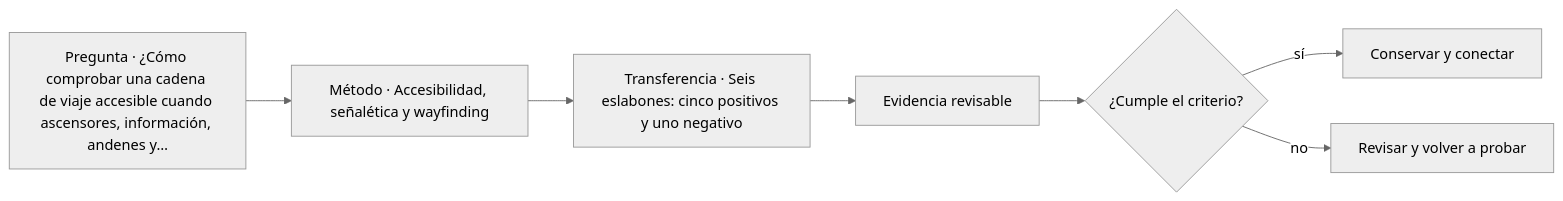
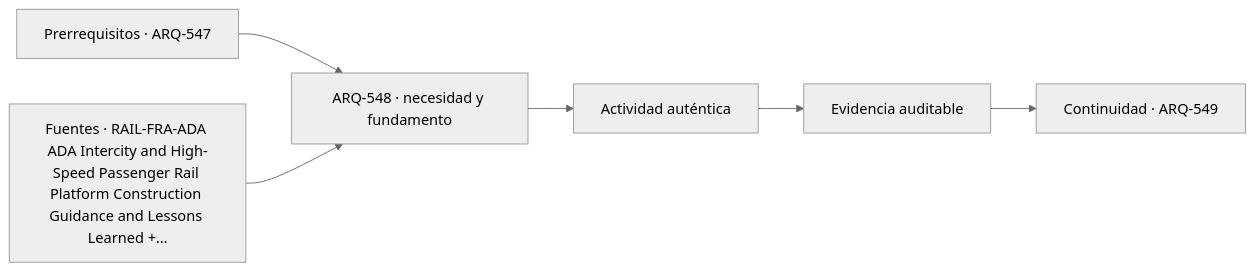
The diagram in classes/parte-55/ARQ-548.md (vladimiracunadev-create/architecture-built-environment-learning-program), drawn with Mermaid (neutral theme) before and after one commit. The commit also changed other lines of this file and 761 other files, not shown here.

````diff
--- a/classes/parte-55/ARQ-548.md
+++ b/classes/parte-55/ARQ-548.md
@@ -95,9 +107,8 @@
 ```mermaid
 flowchart LR
-    Q["Pregunta · ¿Cómo comprobar una cadena de viaje accesible cuando ascensores, información, andenes y…"] --> M["Método · Accesibilidad, señalética y wayfinding"]
-    M --> P["Transferencia · Seis eslabones: cinco positivos y uno negativo"]
-    P --> E["Evidencia revisable"]
-    E --> C{"¿Cumple el criterio?"}
-    C -->|sí| T["Conservar y conectar"]
-    C -->|no| R["Revisar y volver a probar"]
+    A["Prerrequisitos · ARQ-547"] --> B["ARQ-548 · necesidad y fundamento"]
+    S["Fuentes · RAIL-FRA-ADA ADA Intercity and High-Speed Passenger Rail Platform Construction Guidance and Lessons Learned +…"] --> B
+    B --> C["Actividad auténtica"]
+    C --> D["Evidencia auditable"]
+    D --> E["Continuidad · ARQ-549"]
 ```
````
